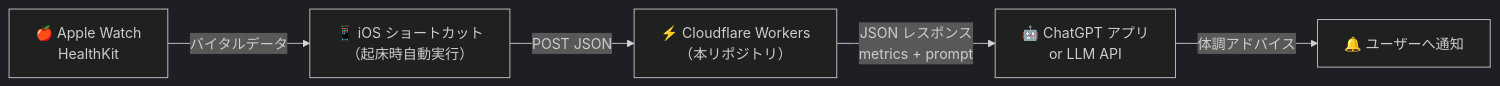
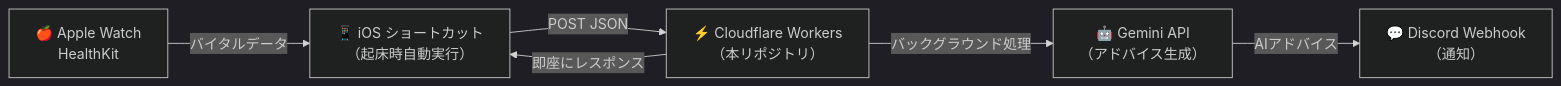
Before and after one commit to hiiro-deduction/hrv-analyzer: the diagram in README.md, drawn with Mermaid (dark theme). The commit also changed other lines of this file and 2 other files, not shown here.

````diff
--- a/README.md
+++ b/README.md
@@ -11,7 +13,8 @@
 ```mermaid
 flowchart LR
     A["🍎 Apple Watch\nHealthKit"] -->|バイタルデータ| B["📱 iOS ショートカット\n（起床時自動実行）"]
     B -->|POST JSON| C["⚡ Cloudflare Workers\n（本リポジトリ）"]
-    C -->|JSON レスポンス\nmetrics + prompt| D["🤖 ChatGPT アプリ\nor LLM API"]
-    D -->|体調アドバイス| E["🔔 ユーザーへ通知"]
+    C -->|即座にレスポンス| B
+    C -->|バックグラウンド処理| D["🤖 Gemini API\n（アドバイス生成）"]
+    D -->|AIアドバイス| E["💬 Discord Webhook\n（通知）"]
 ```
````
